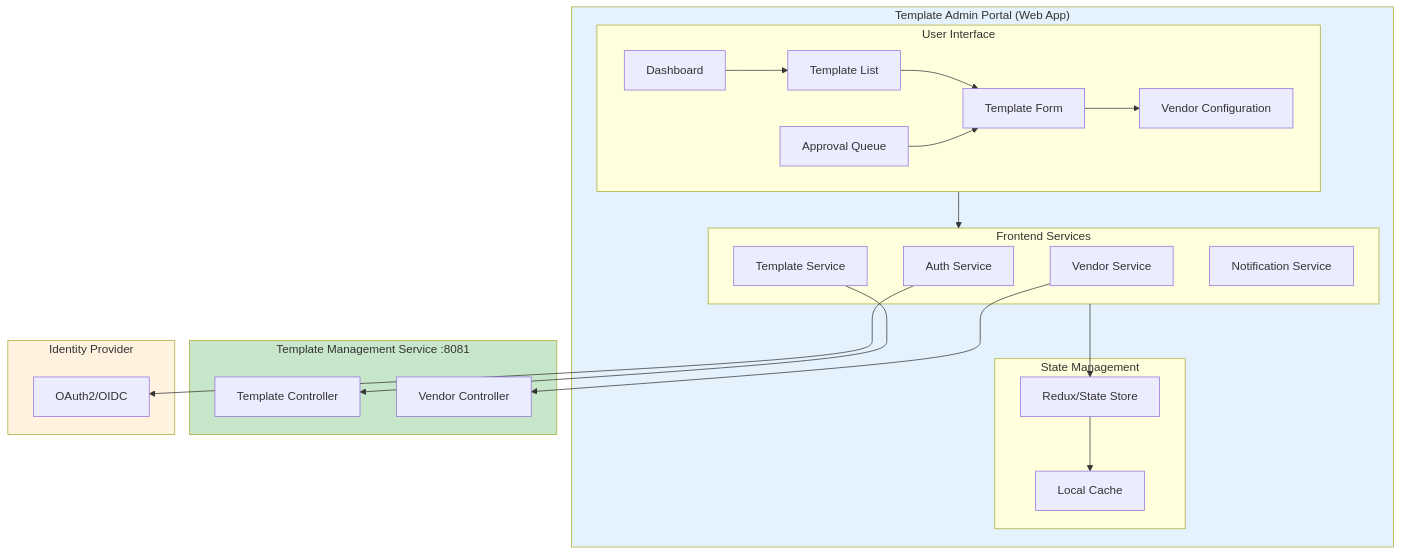
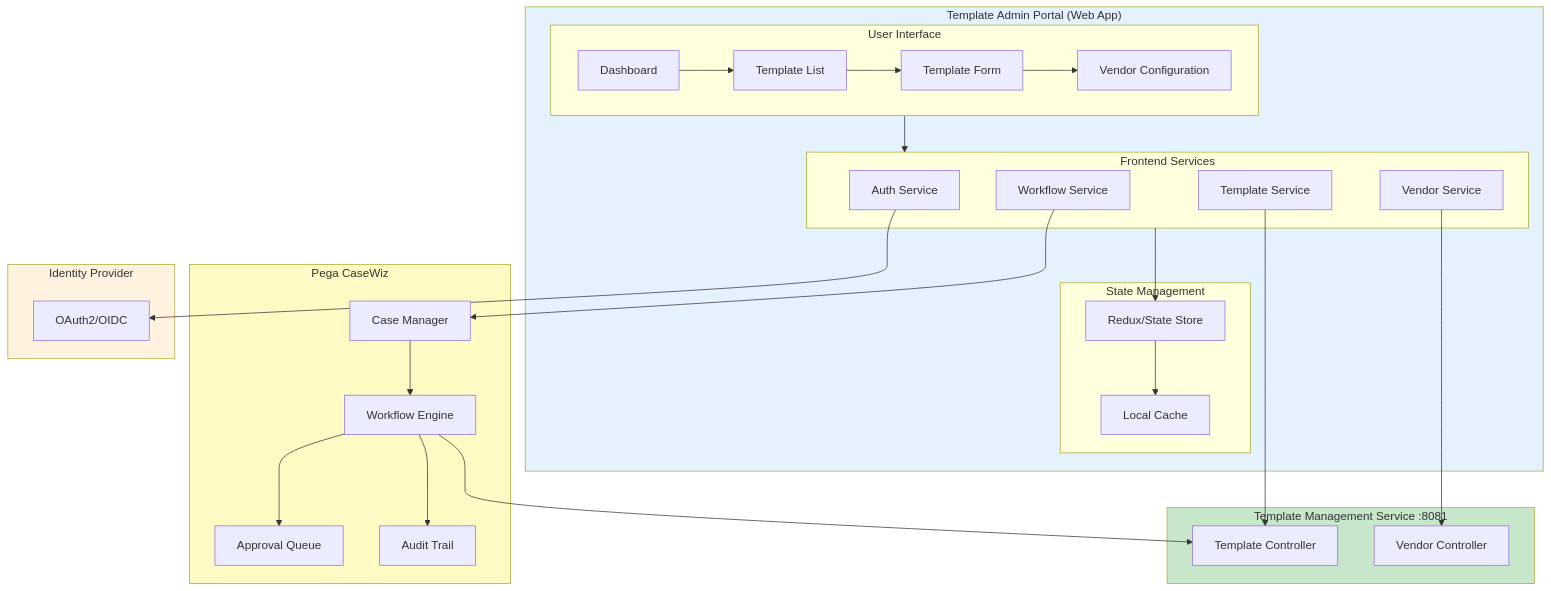
The second of 11 diagrams in docs/architecture/admin-portal-integration.md (ghmd86/template-management-service), drawn with Mermaid before and after one commit. The commit also changed other lines of this file, not shown here.

First line of the commit message:
Integrate Pega CaseWiz for template approval workflow

````diff
--- a/docs/architecture/admin-portal-integration.md
+++ b/docs/architecture/admin-portal-integration.md
@@ -39,50 +44,62 @@
 ```mermaid
 flowchart TB
     subgraph AdminPortal["Template Admin Portal (Web App)"]
         subgraph UI["User Interface"]
             Dashboard[Dashboard]
             TemplateList[Template List]
             TemplateForm[Template Form]
             VendorConfig[Vendor Configuration]
-            ApprovalQueue[Approval Queue]
         end
 
         subgraph Services["Frontend Services"]
             AuthService[Auth Service]
             TemplateService[Template Service]
             VendorService[Vendor Service]
-            NotificationService[Notification Service]
+            WorkflowService[Workflow Service]
         end
 
         subgraph State["State Management"]
             Store[Redux/State Store]
             Cache[Local Cache]
         end
+    end
+
+    subgraph PegaCaseWiz["Pega CaseWiz"]
+        CaseManager[Case Manager]
+        ApprovalQueue[Approval Queue]
+        WorkflowEngine[Workflow Engine]
+        AuditLog[Audit Trail]
     end
 
     subgraph API["Template Management Service :8081"]
         TC[Template Controller]
         TVC[Vendor Controller]
     end
 
     subgraph Auth["Identity Provider"]
         IDP[OAuth2/OIDC]
     end
 
     Dashboard --> TemplateList
     TemplateList --> TemplateForm
     TemplateForm --> VendorConfig
-    ApprovalQueue --> TemplateForm
 
     TemplateService --> TC
     VendorService --> TVC
+    WorkflowService --> CaseManager
     AuthService --> IDP
 
     UI --> Services
     Services --> Store
     Store --> Cache
 
+    CaseManager --> WorkflowEngine
+    WorkflowEngine --> ApprovalQueue
+    WorkflowEngine --> AuditLog
+    WorkflowEngine --> TC
+
     style AdminPortal fill:#e3f2fd
+    style PegaCaseWiz fill:#fff9c4
     style API fill:#c8e6c9
     style Auth fill:#fff3e0
 ```
````
